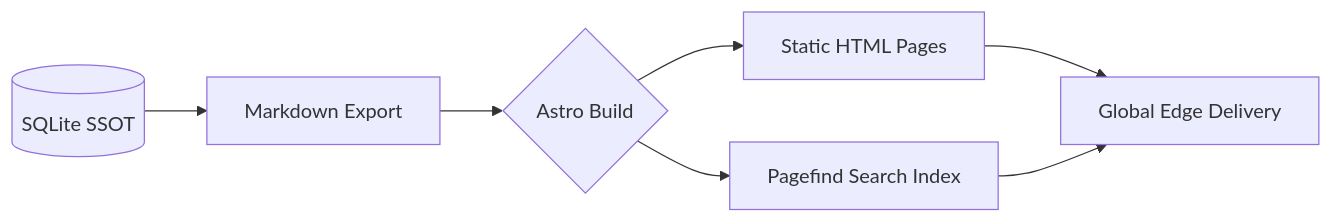
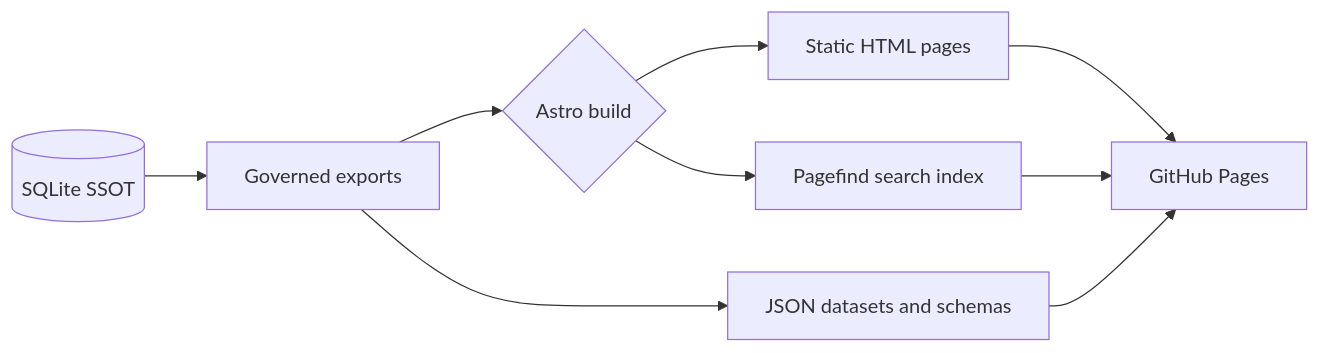
One commit to liuh886/ccus-policy-hub changed the diagram in README.md. Above: the diagram before and after it, drawn with Mermaid. The commit also changed other lines of this file, not shown here.

Commit message:
docs: align project claims with governed data

````diff
--- a/README.md
+++ b/README.md
@@ -81,9 +101,11 @@
 ```mermaid
 graph LR
-    A[(SQLite SSOT)] --> B[Markdown Export]
-    B --> C{Astro Build}
-    C --> D[Static HTML Pages]
-    C --> E[Pagefind Search Index]
-    D --> F[Global Edge Delivery]
-    E --> F
+    A[(SQLite SSOT)] --> B[Governed exports]
+    B --> C{Astro build}
+    C --> D[Static HTML pages]
+    C --> E[Pagefind search index]
+    B --> F[JSON datasets and schemas]
+    D --> G[GitHub Pages]
+    E --> G
+    F --> G
 ```
````
